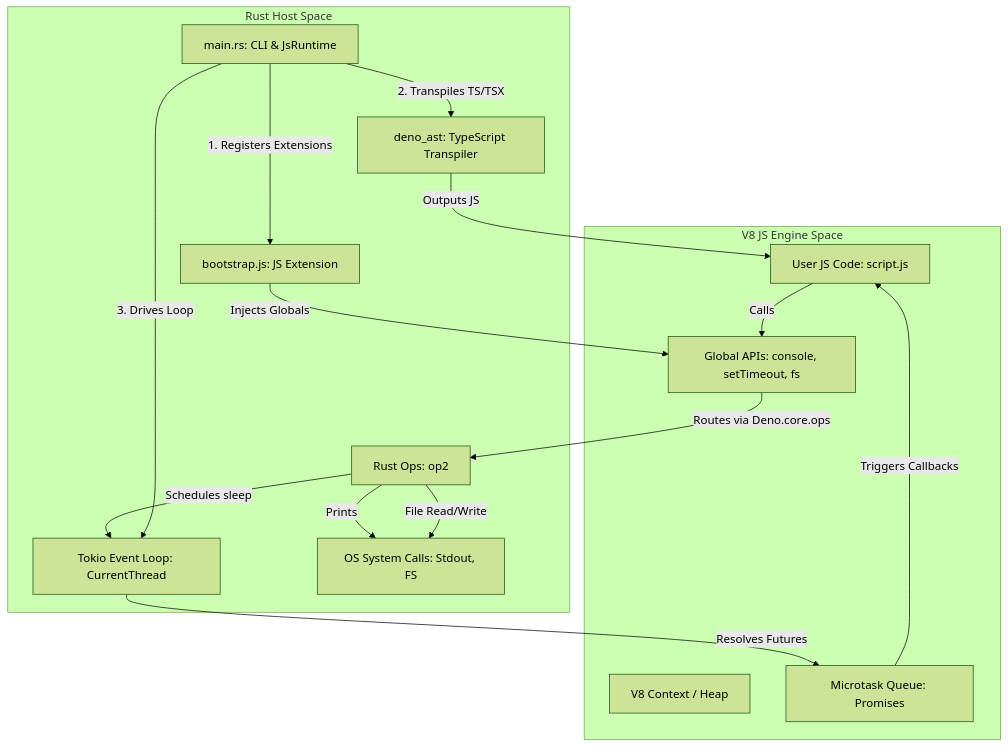
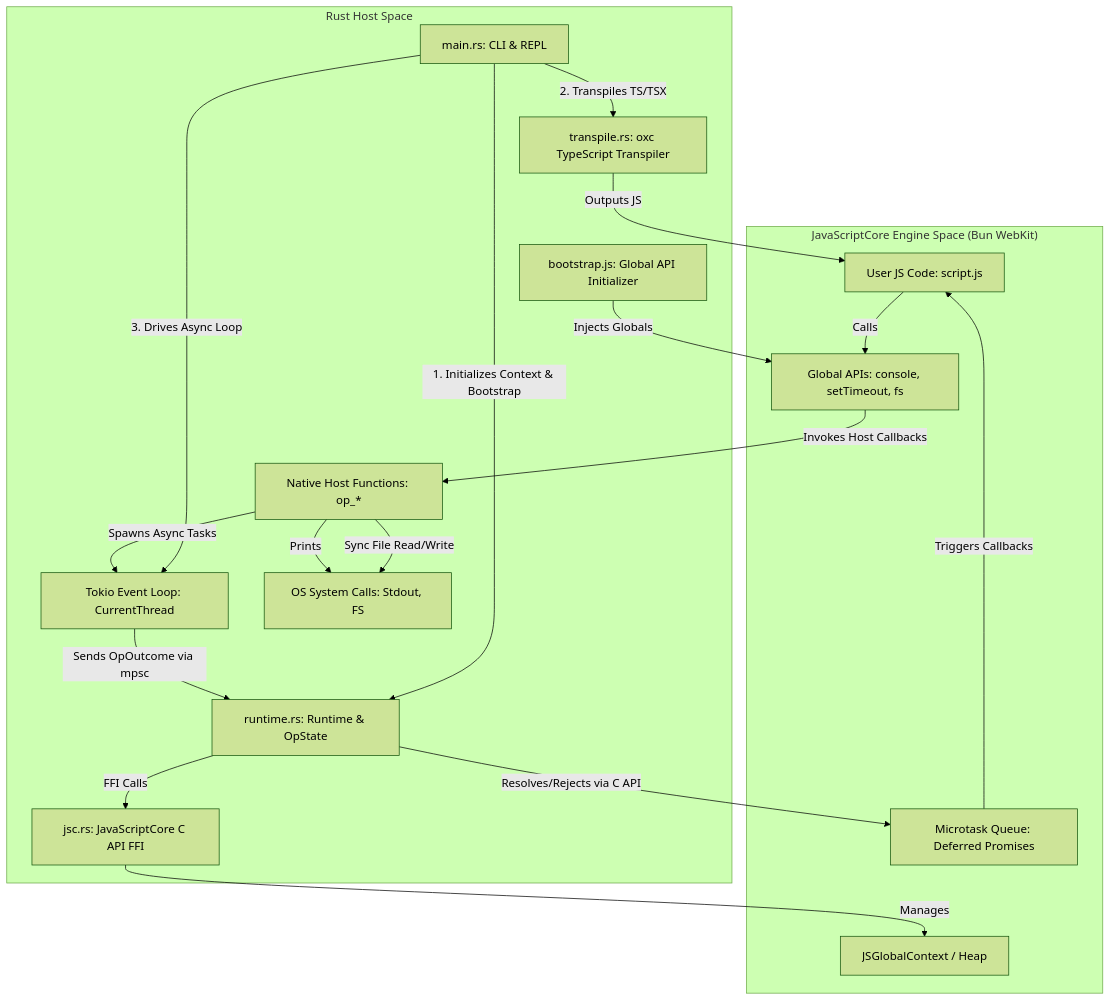
The diagram in README.md (prashantmathias/runtime), drawn with Mermaid (forest theme) before and after one commit. The commit also changed other lines of this file and 12 other files, not shown here.

Commit message:
feat: replace Deno Core/V8 and deno_ast with Bun's JavaScriptCore and oxc

````diff
--- a/README.md
+++ b/README.md
@@ -11,36 +11,41 @@
 ```mermaid
 graph TD
     %% Define Spaces
-    subgraph JS_Space [V8 JS Engine Space]
-        UserCode[User JS Code: script.js]
-        GlobalAPIs[Global APIs: console, setTimeout, fs]
-        V8Context[V8 Context / Heap]
-        PromiseQueue[Microtask Queue: Promises]
+    subgraph JS_Space ["JavaScriptCore Engine Space (Bun WebKit)"]
+        UserCode["User JS Code: script.js"]
+        GlobalAPIs["Global APIs: console, setTimeout, fs"]
+        JSCContext["JSGlobalContext / Heap"]
+        PromiseQueue["Microtask Queue: Deferred Promises"]
     end
 
-    subgraph Rust_Space [Rust Host Space]
-        MainCLI[main.rs: CLI & JsRuntime]
-        TSCompiler[deno_ast: TypeScript Transpiler]
-        TokioEventLoop[Tokio Event Loop: CurrentThread]
-        Bootstrap[bootstrap.js: JS Extension]
-        CustomOps[Rust Ops: op2]
-        OS_API[OS System Calls: Stdout, FS]
+    subgraph Rust_Space ["Rust Host Space"]
+        MainCLI["main.rs: CLI & REPL"]
+        TSCompiler["transpile.rs: oxc TypeScript Transpiler"]
+        Runtime["runtime.rs: Runtime & OpState"]
+        JSCBindings["jsc.rs: JavaScriptCore C API FFI"]
+        TokioEventLoop["Tokio Event Loop: CurrentThread"]
+        Bootstrap["bootstrap.js: Global API Initializer"]
+        CustomOps["Native Host Functions: op_*"]
+        OS_API["OS System Calls: Stdout, FS"]
     end
 
     %% Interactions
     UserCode -->|Calls| GlobalAPIs
     Bootstrap -->|Injects Globals| GlobalAPIs
-    GlobalAPIs -->|Routes via Deno.core.ops| CustomOps
-    
+    GlobalAPIs -->|Invokes Host Callbacks| CustomOps
+
     CustomOps -->|Prints| OS_API
-    CustomOps -->|File Read/Write| OS_API
-    CustomOps -->|Schedules sleep| TokioEventLoop
-    
-    TokioEventLoop -->|Resolves Futures| PromiseQueue
+    CustomOps -->|Sync File Read/Write| OS_API
+    CustomOps -->|Spawns Async Tasks| TokioEventLoop
+
+    TokioEventLoop -->|Sends OpOutcome via mpsc| Runtime
+    Runtime -->|Resolves/Rejects via C API| PromiseQueue
     PromiseQueue -->|Triggers Callbacks| UserCode
-    
-    MainCLI -->|1. Registers Extensions| Bootstrap
+
+    MainCLI -->|1. Initializes Context & Bootstrap| Runtime
+    Runtime -->|FFI Calls| JSCBindings
+    JSCBindings -->|Manages| JSCContext
     MainCLI -->|2. Transpiles TS/TSX| TSCompiler
     TSCompiler -->|Outputs JS| UserCode
-    MainCLI -->|3. Drives Loop| TokioEventLoop
+    MainCLI -->|3. Drives Async Loop| TokioEventLoop
 ```
````
